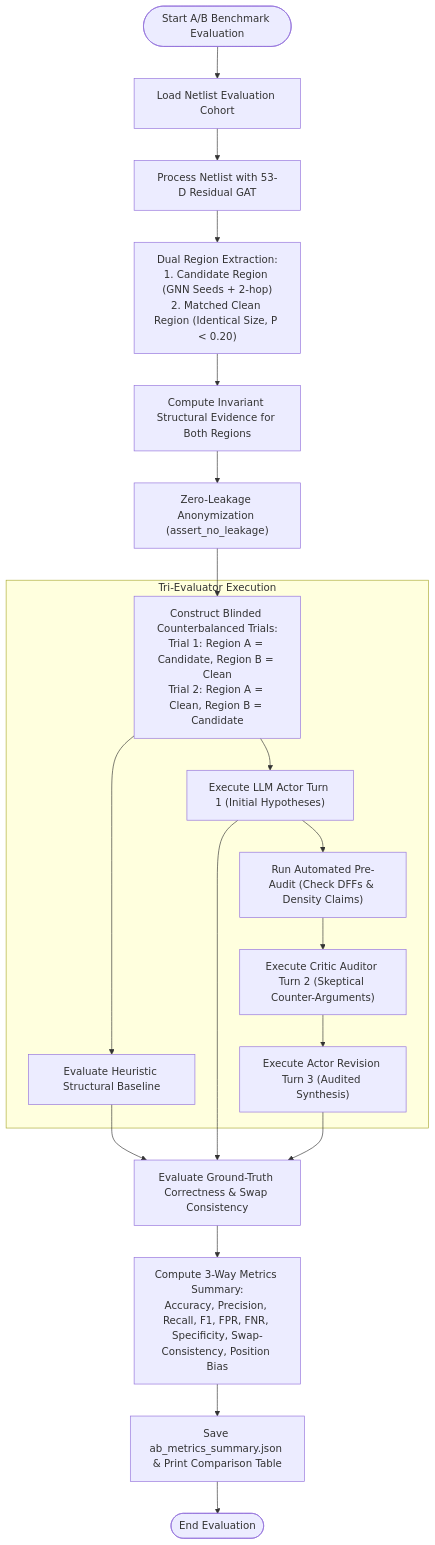
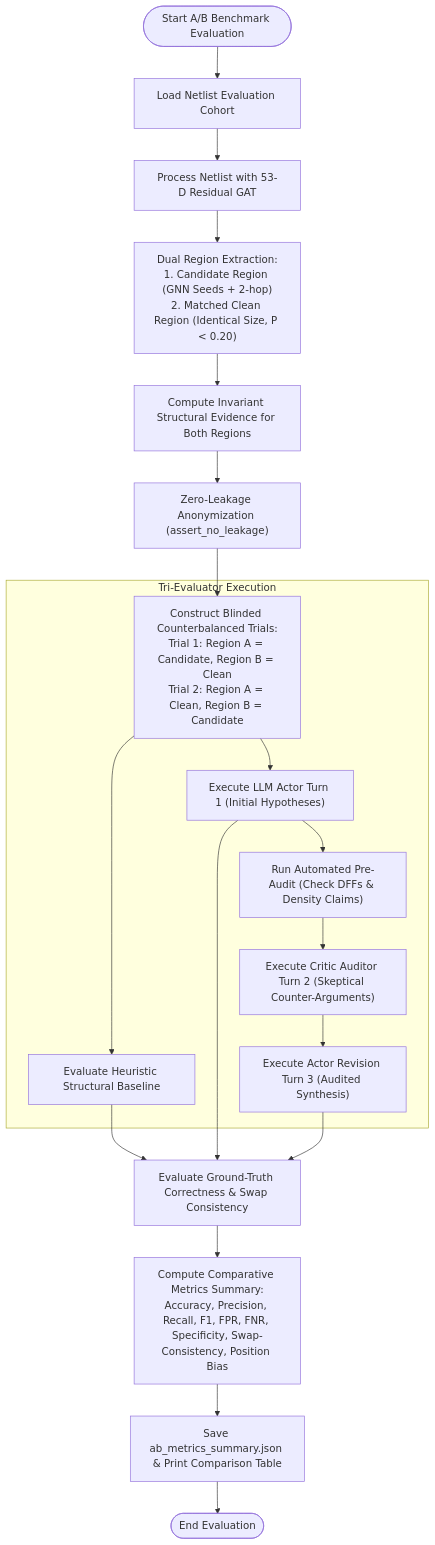
The third of 9 diagrams in Readme.md (Daksh-jain23/Hardware-Trojan-Detection), drawn with Mermaid before and after one commit. The commit also changed other lines of this file and 8320 other files, not shown here.

````diff
--- a/Readme.md
+++ b/Readme.md
@@ -194,29 +724,29 @@
 ```mermaid
 flowchart TD
     StartAB(["Start A/B Benchmark Evaluation"]) --> LoadCohort["Load Netlist Evaluation Cohort"]
     LoadCohort --> ProcessNetlist["Process Netlist with 53-D Residual GAT"]
     
     ProcessNetlist --> DualExtract["Dual Region Extraction:<br>1. Candidate Region (GNN Seeds + 2-hop)<br>2. Matched Clean Region (Identical Size, P < 0.20)"]
     
     DualExtract --> MetricExtract["Compute Invariant Structural Evidence for Both Regions"]
     MetricExtract --> AnonymizeRegions["Zero-Leakage Anonymization (assert_no_leakage)"]
     
     AnonymizeRegions --> SetupTrials["Construct Blinded Counterbalanced Trials:<br>Trial 1: Region A = Candidate, Region B = Clean<br>Trial 2: Region A = Clean, Region B = Candidate"]
     
     subgraph EvaluationCore ["Tri-Evaluator Execution"]
         SetupTrials --> RunHeuristic["Evaluate Heuristic Structural Baseline"]
         SetupTrials --> RunActor["Execute LLM Actor Turn 1 (Initial Hypotheses)"]
         
         RunActor --> FactCheck["Run Automated Pre-Audit (Check DFFs & Density Claims)"]
         FactCheck --> RunCritic["Execute Critic Auditor Turn 2 (Skeptical Counter-Arguments)"]
         RunCritic --> RunSynthesis["Execute Actor Revision Turn 3 (Audited Synthesis)"]
     end
     
     RunHeuristic --> CheckSwap["Evaluate Ground-Truth Correctness & Swap Consistency"]
     RunActor --> CheckSwap
     RunSynthesis --> CheckSwap
     
-    CheckSwap --> CompileMetrics["Compute 3-Way Metrics Summary:<br>Accuracy, Precision, Recall, F1, FPR, FNR, Specificity, Swap-Consistency, Position Bias"]
+    CheckSwap --> CompileMetrics["Compute Comparative Metrics Summary:<br>Accuracy, Precision, Recall, F1, FPR, FNR, Specificity, Swap-Consistency, Position Bias"]
     CompileMetrics --> SaveJSON["Save ab_metrics_summary.json & Print Comparison Table"]
     SaveJSON --> FinishAB(["End Evaluation"])
 ```
````
